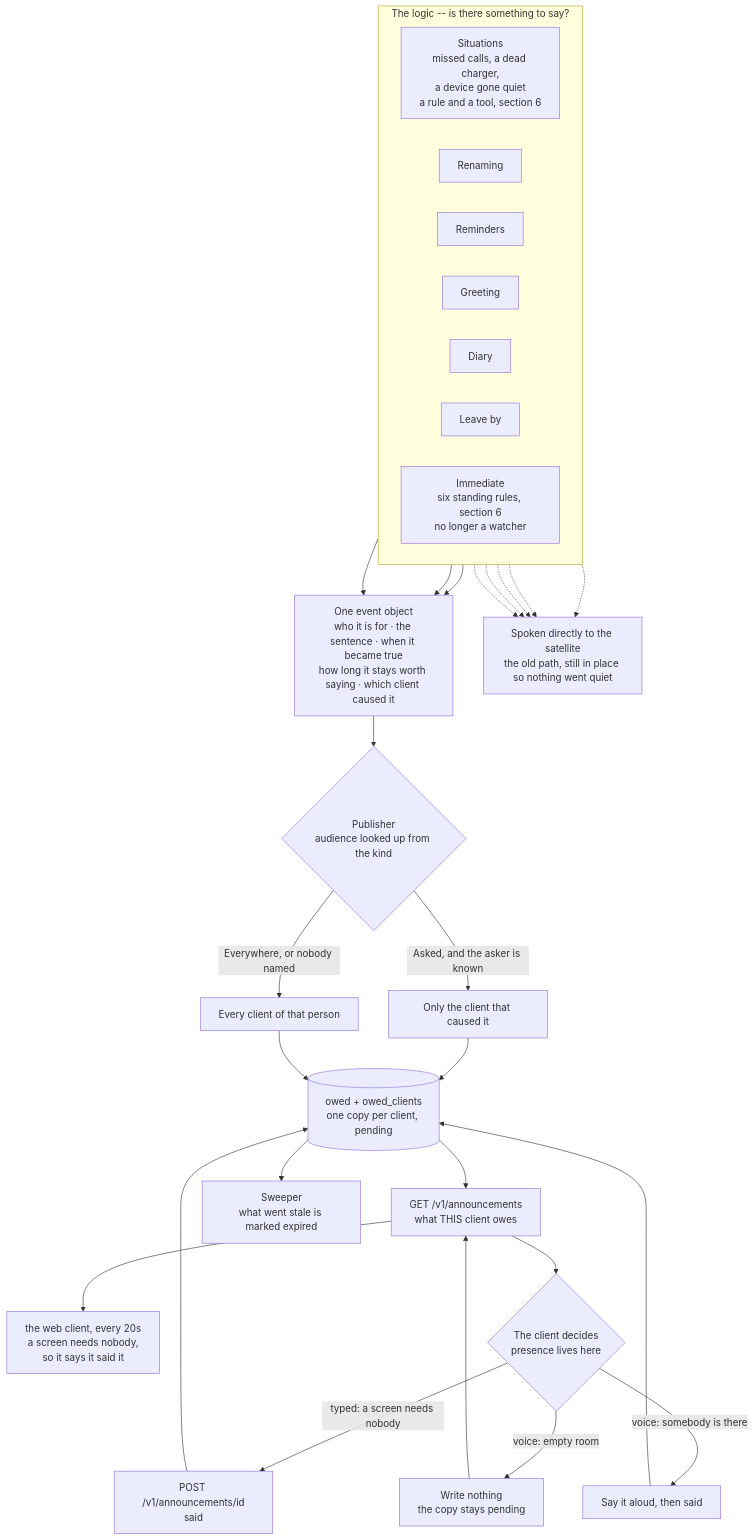
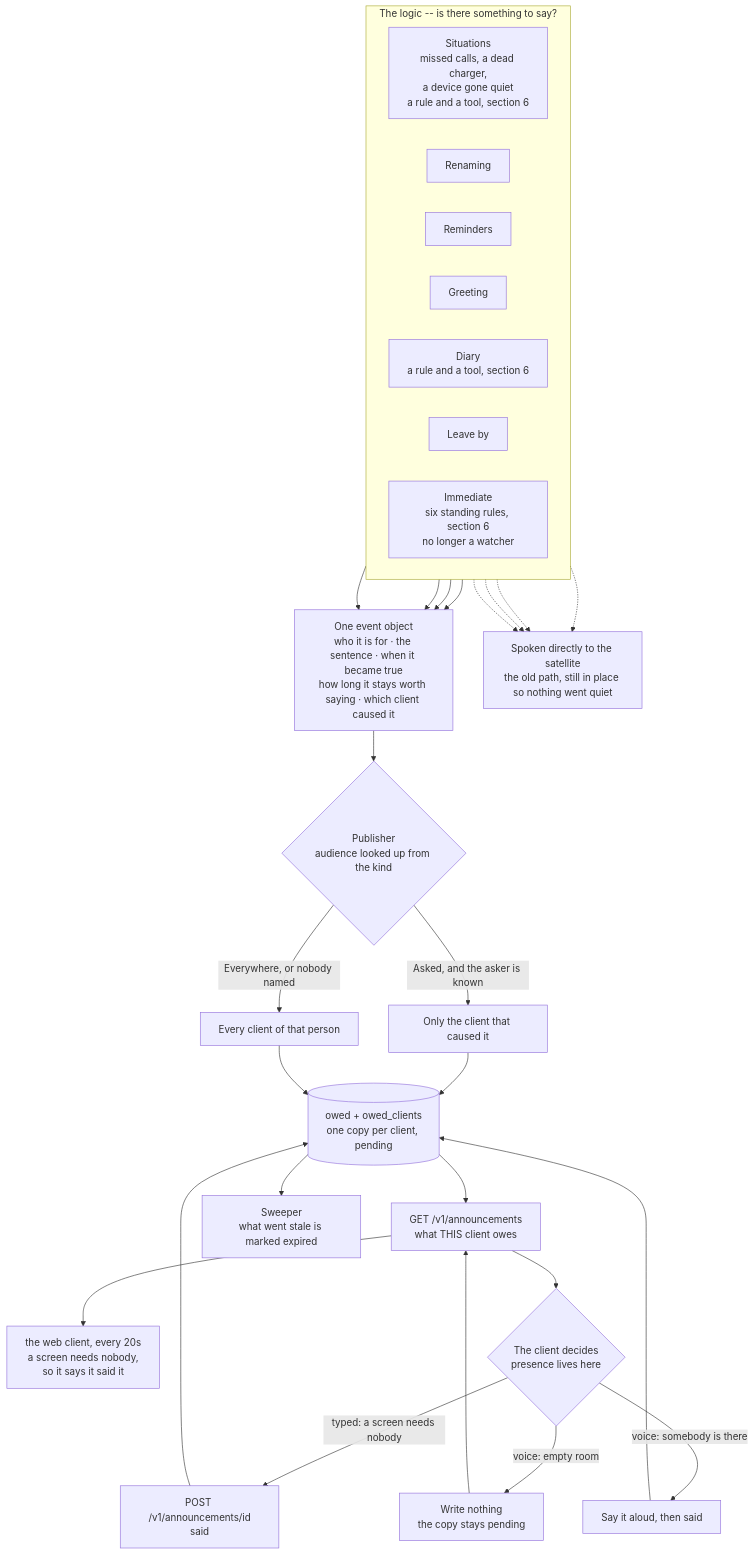
The third of 5 diagrams in FEATURES.md (DhanushRamesh/personal-assistant), drawn with Mermaid before and after one commit. The commit also changed other lines of this file and 4 other files, not shown here.

````diff
--- a/FEATURES.md
+++ b/FEATURES.md
@@ -94,47 +94,47 @@
 ```mermaid
 flowchart TB
     subgraph L["The logic -- is there something to say?"]
         direction LR
         SI["Situations<br/>missed calls, a dead charger,<br/>a device gone quiet<br/>a rule and a tool, section 6"]
         RN["Renaming"]
         RM["Reminders"]
         GR["Greeting"]
-        CO["Diary"]
+        CO["Diary<br/>a rule and a tool, section 6"]
         LV["Leave by"]
         IM["Immediate<br/>six standing rules, section 6<br/>no longer a watcher"]
     end
 
     SI --> EV
     RN --> EV
     RM -.-> OLD
     GR -.-> OLD
-    CO -.-> OLD
+    CO --> EV
     LV -.-> OLD
     IM --> EV
     RN -.-> OLD
 
     EV["One event object<br/>who it is for · the sentence · when it became true<br/>how long it stays worth saying · which client caused it"]
     EV --> PUB{"Publisher<br/>audience looked up from the kind"}
 
     PUB -- "Asked, and the asker is known" --> ONE["Only the client that caused it"]
     PUB -- "Everywhere, or nobody named" --> ALL["Every client of that person"]
 
     ONE --> DB
     ALL --> DB
     DB[("owed + owed_clients<br/>one copy per client, pending")]
 
     DB --> GET["GET /v1/announcements<br/>what THIS client owes"]
     GET --> WEBCLIENT["the web client, every 20s<br/>a screen needs nobody,<br/>so it says it said it"]
     GET --> CL{"The client decides<br/>presence lives here"}
 
     CL -- "typed: a screen needs nobody" --> MARK["POST /v1/announcements/id<br/>said"]
     CL -- "voice: somebody is there" --> SAY["Say it aloud, then said"]
     CL -- "voice: empty room" --> KEEP["Write nothing<br/>the copy stays pending"]
     KEEP --> GET
 
     MARK --> DB
     SAY --> DB
     DB --> SW["Sweeper<br/>what went stale is marked expired"]
 
     OLD["Spoken directly to the satellite<br/>the old path, still in place so nothing went quiet"]
 ```
````
